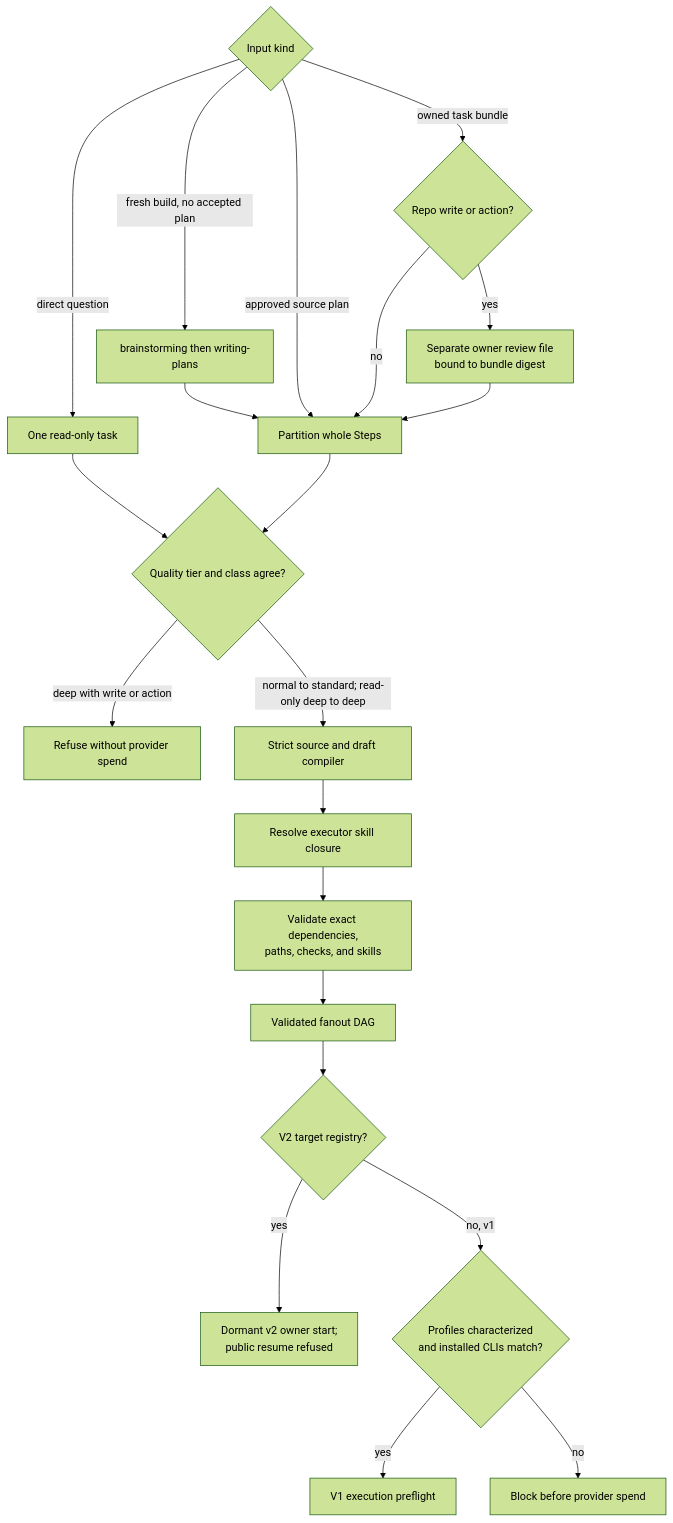
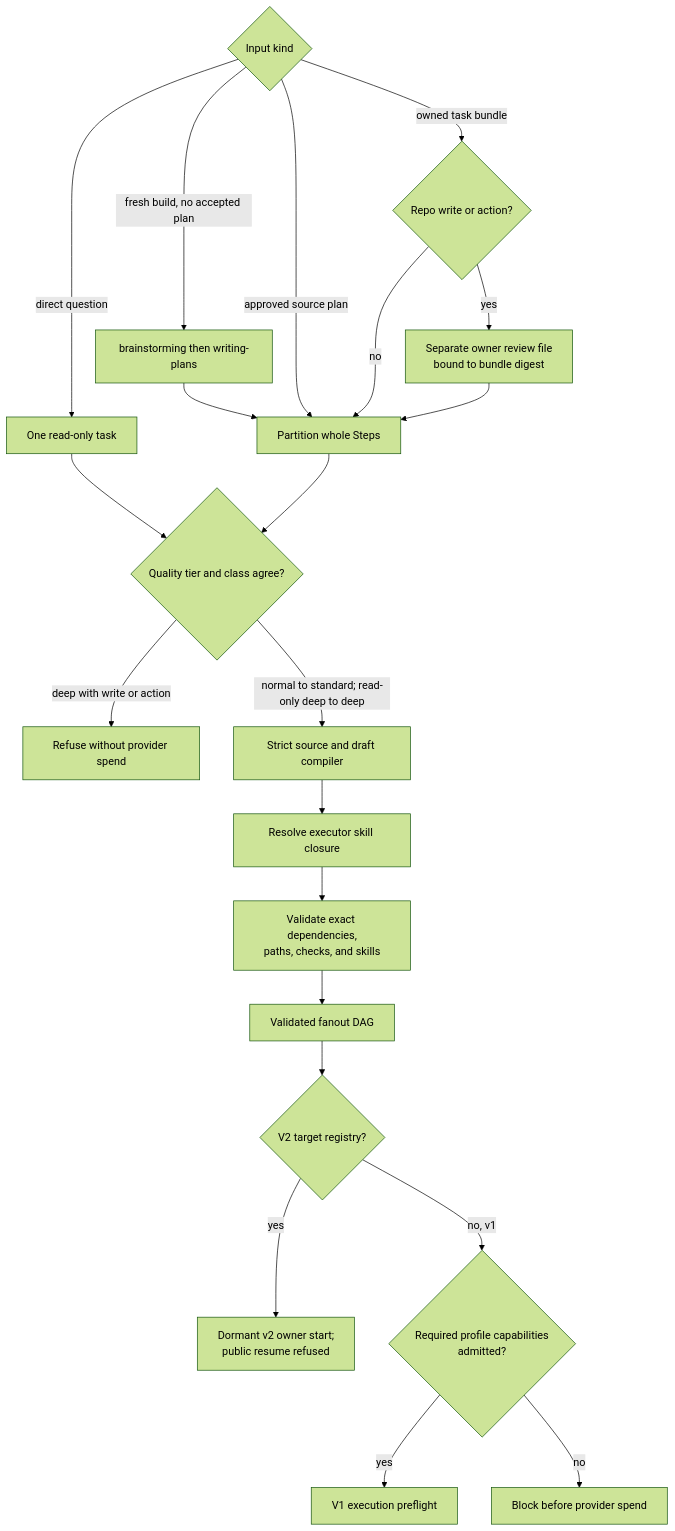
The diagram in docs/skill-charts/llm-fanout-plan.md (khenrix/khenrix-utils), drawn with Mermaid (forest theme) before and after one commit. The commit also changed other lines of this file and 8 other files, not shown here.

````diff
--- a/docs/skill-charts/llm-fanout-plan.md
+++ b/docs/skill-charts/llm-fanout-plan.md
@@ -5,26 +5,26 @@
 ```mermaid
 flowchart TD
     accTitle: llm-fanout-plan admission and compilation
     accDescr: Direct questions, approved plans, and task bundles enter through distinct admission gates before strict source compilation and skill resolution.
 
     IN{Input kind} -->|direct question| Q[One read-only task]
     IN -->|fresh build, no accepted plan| SP[brainstorming then writing-plans]
     SP --> P
     IN -->|approved source plan| P[Partition whole Steps]
     IN -->|owned task bundle| B{Repo write or action?}
     B -->|yes| R[Separate owner review file<br/>bound to bundle digest]
     B -->|no| P
     R --> P
     Q --> T{Quality tier and class agree?}
     P --> T
     T -->|deep with write or action| STOP[Refuse without provider spend]
     T -->|normal to standard; read-only deep to deep| C[Strict source and draft compiler]
     C --> S[Resolve executor skill closure]
     S --> V[Validate exact dependencies,<br/>paths, checks, and skills]
     V --> D[Validated fanout DAG]
     D --> G_V2_START{V2 target registry?}
     G_V2_START -->|yes| DORMANT[Dormant v2 owner start;<br/>public resume refused]
-    G_V2_START -->|no, v1| E{Profiles characterized<br/>and installed CLIs match?}
+    G_V2_START -->|no, v1| E{Required profile capabilities<br/>admitted?}
     E -->|yes| RUN[V1 execution preflight]
     E -->|no| BLOCK[Block before provider spend]
 ```
````
